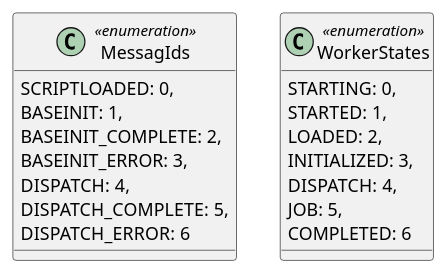
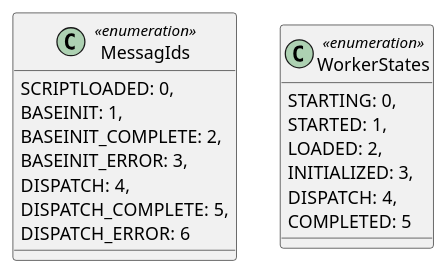
Before and after one commit to cbuteau/webjobs: the diagram in uml/enums.puml, drawn with PlantUML.

Commit message:
updated diagrams

```diff
--- a/uml/enums.puml
+++ b/uml/enums.puml
@@ -1,23 +1,22 @@
 @startuml
 
 class MessagIds <<enumeration>> {
   SCRIPTLOADED: 0,
   BASEINIT: 1,
   BASEINIT_COMPLETE: 2,
   BASEINIT_ERROR: 3,
   DISPATCH: 4,
   DISPATCH_COMPLETE: 5,
   DISPATCH_ERROR: 6
 }
 
 class WorkerStates <<enumeration>> {
   STARTING: 0,
   STARTED: 1,
   LOADED: 2,
   INITIALIZED: 3,
   DISPATCH: 4,
-  JOB: 5,
-  COMPLETED: 6
+  COMPLETED: 5
 }
 
 @enduml
```
